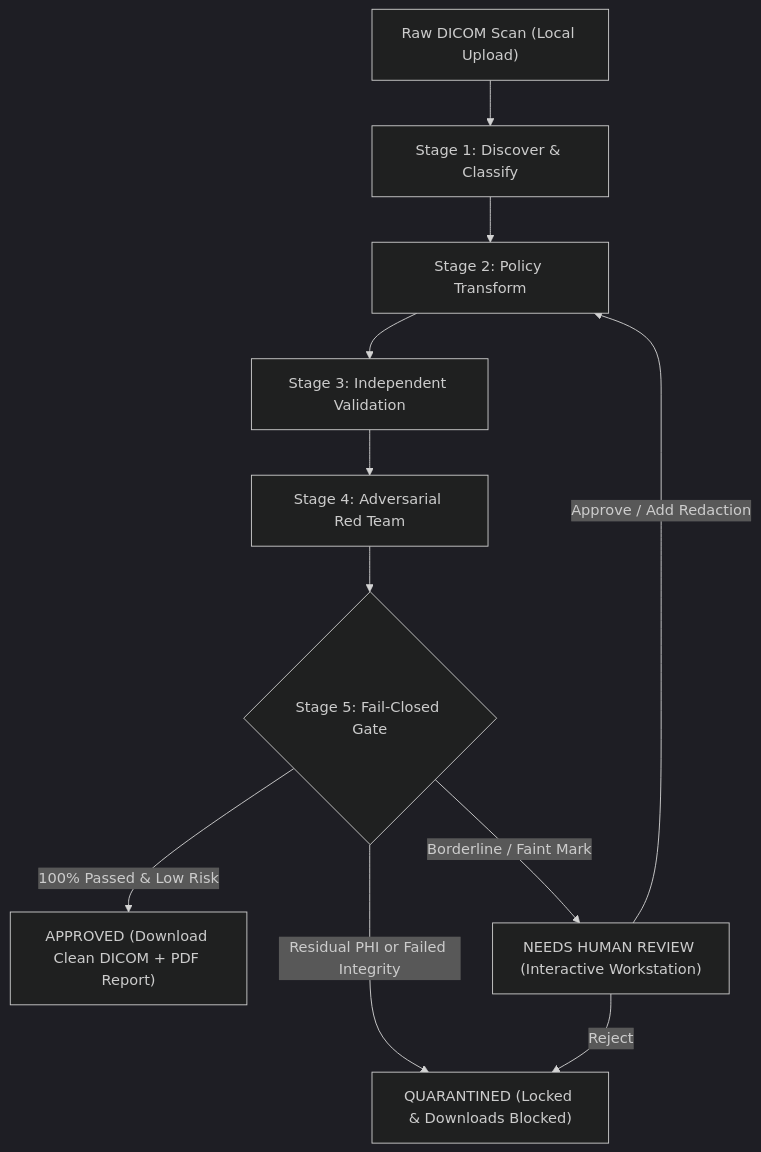
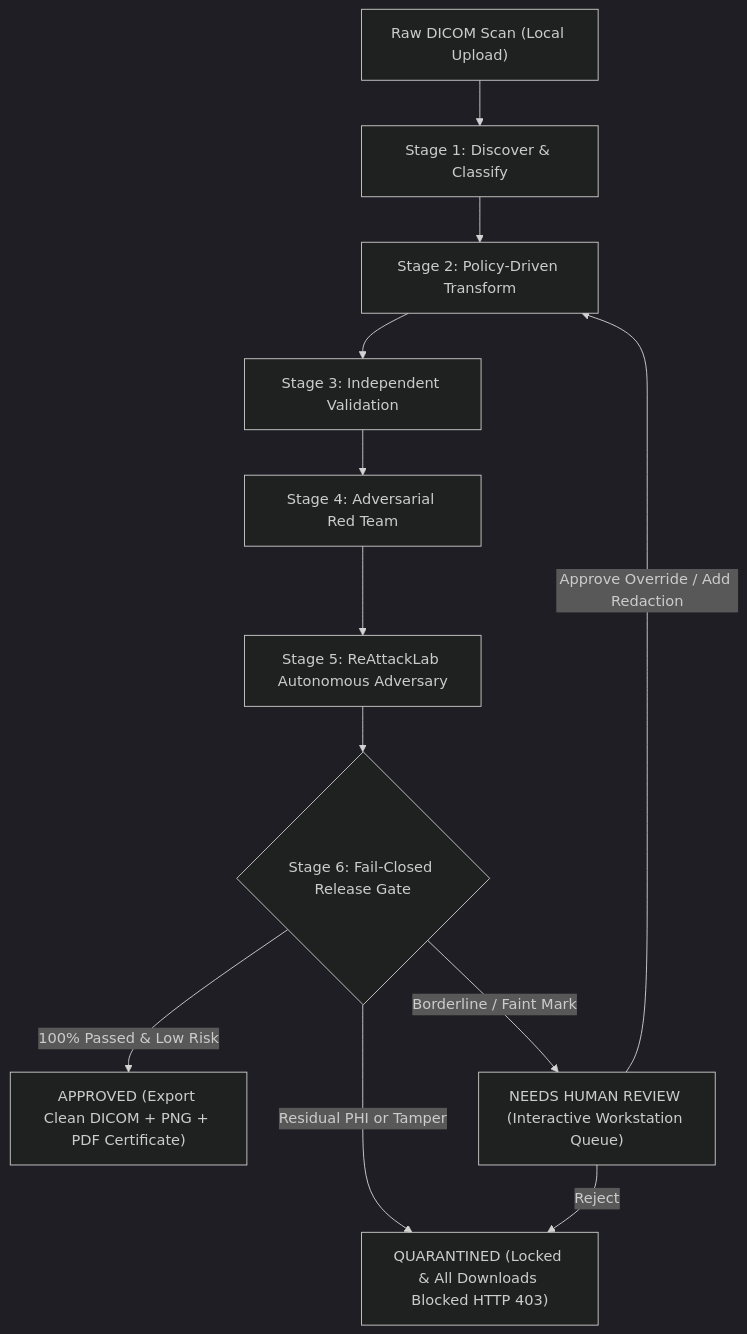
One commit to shaistanz7/SentinelDICOM-VeilGuard changed the diagram in README.md. Above: the diagram before and after it, drawn with Mermaid (dark theme). The commit also changed other lines of this file, not shown here.

Commit message:
docs: enrich README with live deployment link, ReAttackLab architecture, and updated test suite

````diff
--- a/README.md
+++ b/README.md
@@ -29,15 +45,16 @@
 ```mermaid
 flowchart TD
     A["Raw DICOM Scan (Local Upload)"] --> B["Stage 1: Discover & Classify"]
-    B --> C["Stage 2: Policy Transform"]
+    B --> C["Stage 2: Policy-Driven Transform"]
     C --> D["Stage 3: Independent Validation"]
     D --> E["Stage 4: Adversarial Red Team"]
-    E --> F{"Stage 5: Fail-Closed Gate"}
+    E --> F["Stage 5: ReAttackLab Autonomous Adversary"]
+    F --> G{"Stage 6: Fail-Closed Release Gate"}
     
-    F -->|"100% Passed & Low Risk"| G["APPROVED (Download Clean DICOM + PDF Report)"]
-    F -->|"Borderline / Faint Mark"| H["NEEDS HUMAN REVIEW (Interactive Workstation)"]
-    F -->|"Residual PHI or Failed Integrity"| I["QUARANTINED (Locked & Downloads Blocked)"]
+    G -->|"100% Passed & Low Risk"| H["APPROVED (Export Clean DICOM + PNG + PDF Certificate)"]
+    G -->|"Borderline / Faint Mark"| I["NEEDS HUMAN REVIEW (Interactive Workstation Queue)"]
+    G -->|"Residual PHI or Tamper"| J["QUARANTINED (Locked & All Downloads Blocked HTTP 403)"]
     
-    H -->|"Approve / Add Redaction"| C
-    H -->|"Reject"| I
+    I -->|"Approve Override / Add Redaction"| C
+    I -->|"Reject"| J
 ```
````
